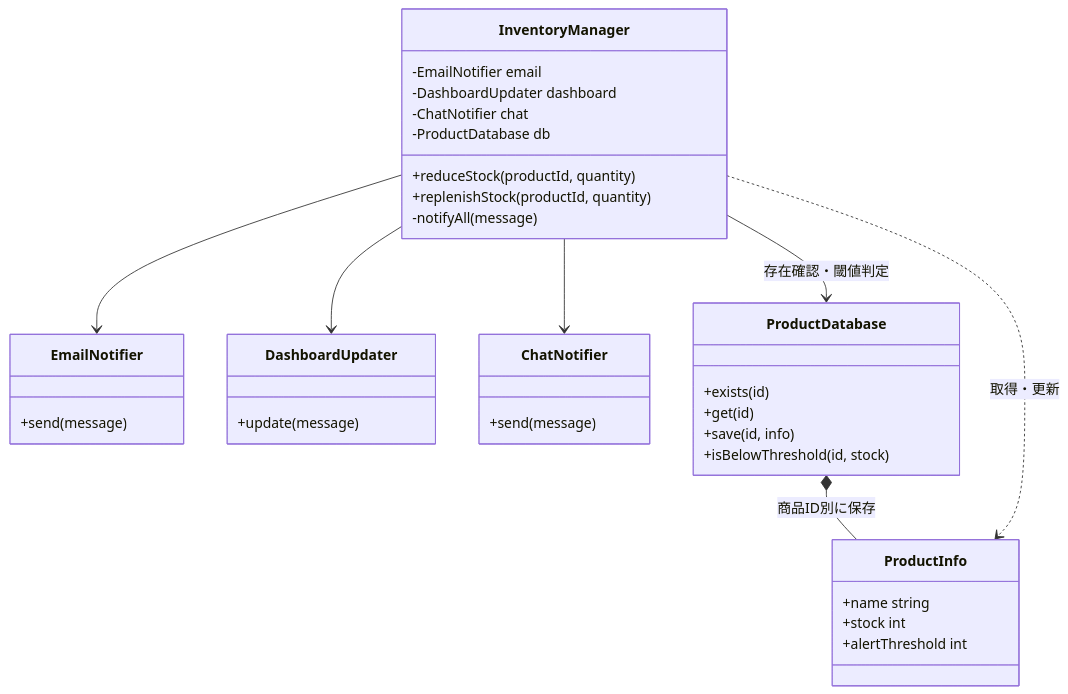
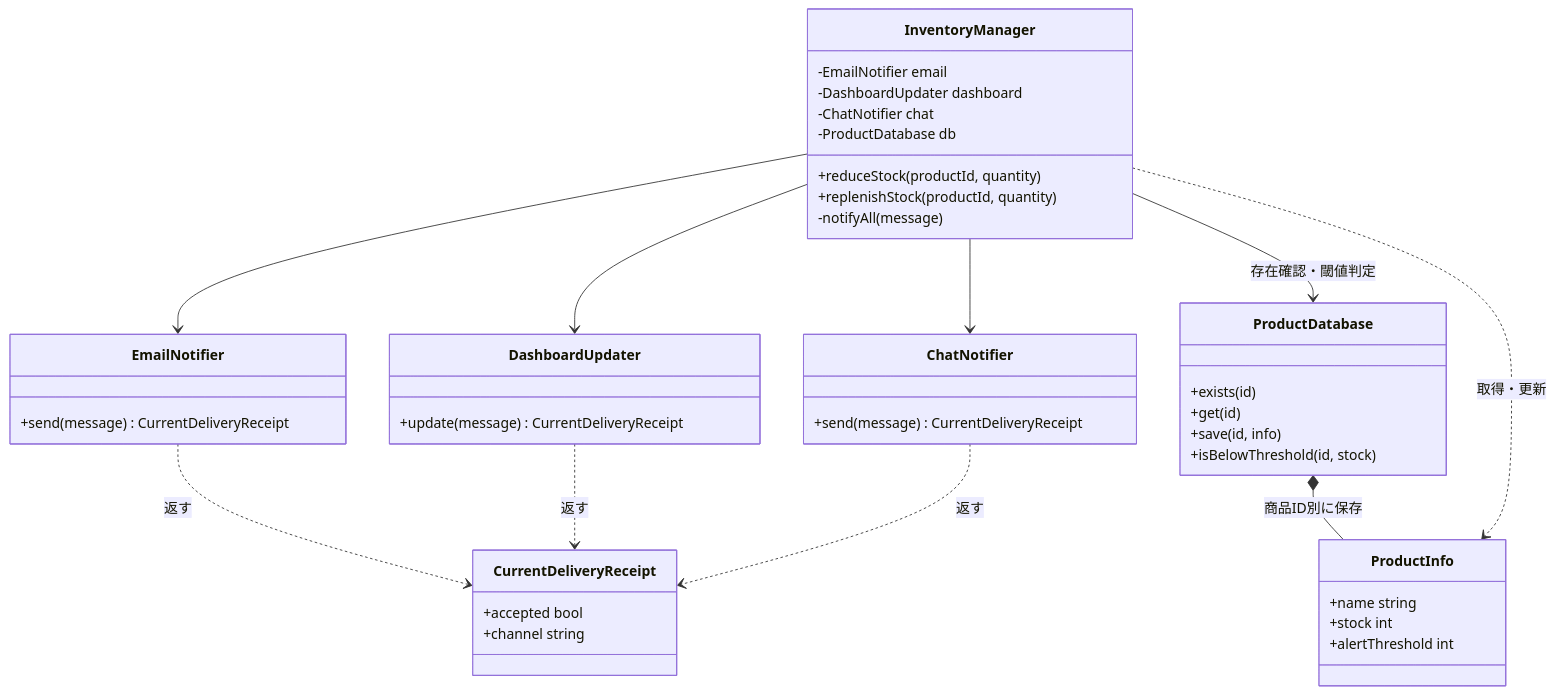
Before and after one commit to kumachan1101-pixel/DesignPattern: the third of 16 diagrams in kindle/design-patterns/output/chapter07.md, drawn with Mermaid. The commit also changed other lines of this file and 23 other files, not shown here.

````diff
--- a/kindle/design-patterns/output/chapter07.md
+++ b/kindle/design-patterns/output/chapter07.md
@@ -228,39 +229,46 @@
 ```mermaid
 classDiagram
     class InventoryManager {
         -EmailNotifier email
         -DashboardUpdater dashboard
         -ChatNotifier chat
         -ProductDatabase db
         +reduceStock(productId, quantity)
         +replenishStock(productId, quantity)
         -notifyAll(message)
     }
     class EmailNotifier {
-        +send(message)
+        +send(message) CurrentDeliveryReceipt
     }
     class DashboardUpdater {
-        +update(message)
+        +update(message) CurrentDeliveryReceipt
     }
     class ChatNotifier {
-        +send(message)
+        +send(message) CurrentDeliveryReceipt
     }
     class ProductDatabase {
         +exists(id)
         +get(id)
         +save(id, info)
         +isBelowThreshold(id, stock)
     }
     class ProductInfo {
         +name string
         +stock int
         +alertThreshold int
     }
+    class CurrentDeliveryReceipt {
+        +accepted bool
+        +channel string
+    }
     InventoryManager --> EmailNotifier
     InventoryManager --> DashboardUpdater
     InventoryManager --> ChatNotifier
     InventoryManager --> ProductDatabase : 存在確認・閾値判定
     ProductDatabase *-- ProductInfo : 商品ID別に保存
     InventoryManager ..> ProductInfo : 取得・更新
+    EmailNotifier ..> CurrentDeliveryReceipt : 返す
+    DashboardUpdater ..> CurrentDeliveryReceipt : 返す
+    ChatNotifier ..> CurrentDeliveryReceipt : 返す
 
 ```
````
